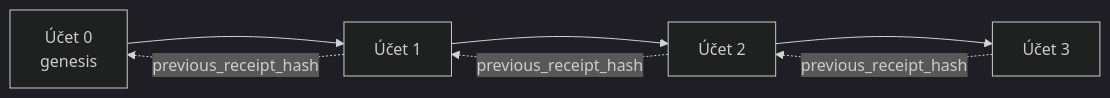
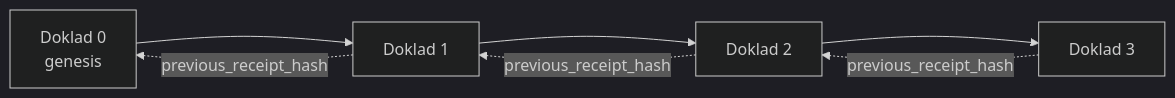
The second of 2 diagrams in mirrors/repos/microsoft@ai-agents-for-beginners/translations/cs/18-securing-ai-agents/README.md (gabrielmoreira/agent-skills-mirror), drawn with Mermaid (dark theme) before and after one commit. The commit also changed other lines of this file and 8886 other files, not shown here.

````diff
--- a/mirrors/repos/microsoft@ai-agents-for-beginners/translations/cs/18-securing-ai-agents/README.md
+++ b/mirrors/repos/microsoft@ai-agents-for-beginners/translations/cs/18-securing-ai-agents/README.md
@@ -206,9 +206,9 @@
 ```mermaid
 flowchart LR
-    R0[Účet 0<br/>genesis] --> R1[Účet 1]
-    R1 --> R2[Účet 2]
-    R2 --> R3[Účet 3]
+    R0[Doklad 0<br/>genesis] --> R1[Doklad 1]
+    R1 --> R2[Doklad 2]
+    R2 --> R3[Doklad 3]
     R1 -. previous_receipt_hash .-> R0
     R2 -. previous_receipt_hash .-> R1
     R3 -. previous_receipt_hash .-> R2
 ```
````
